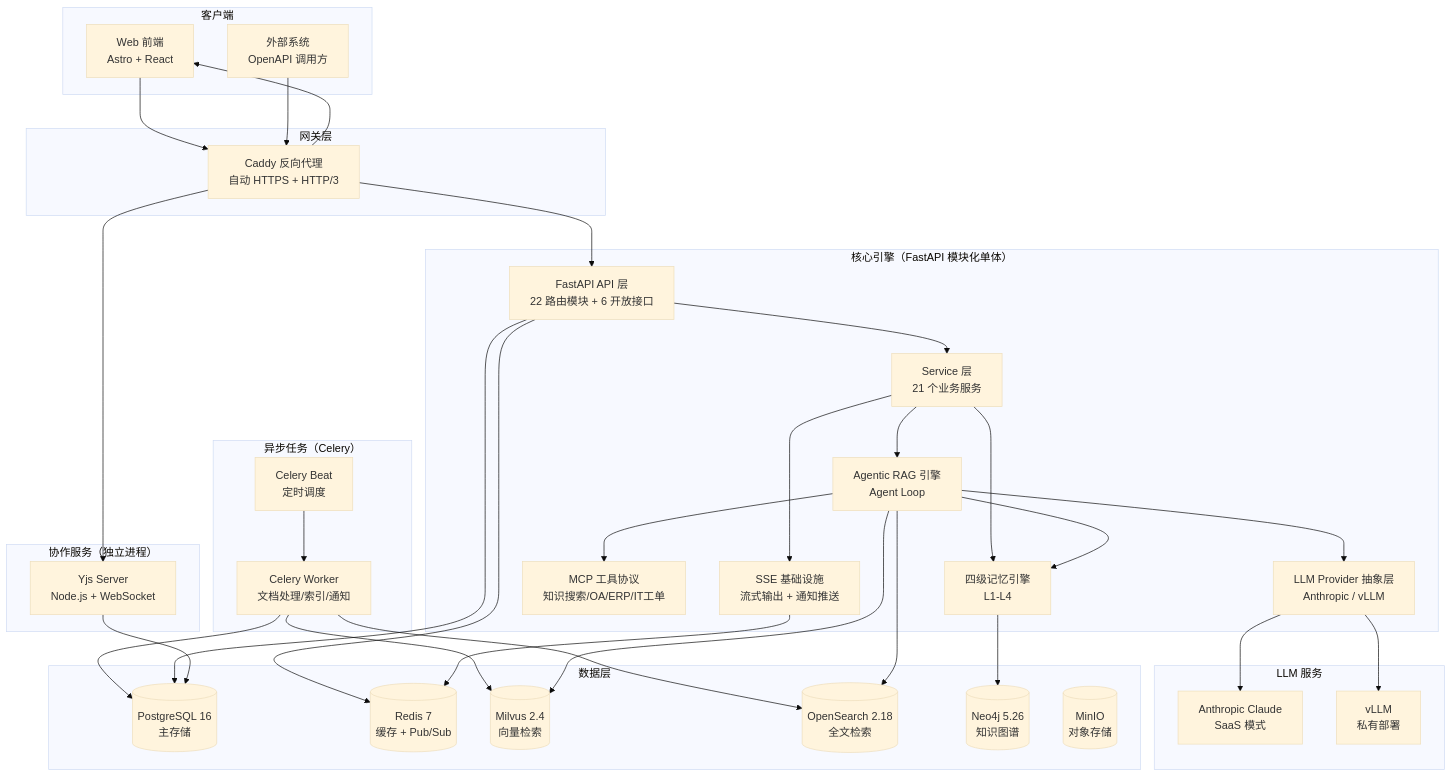
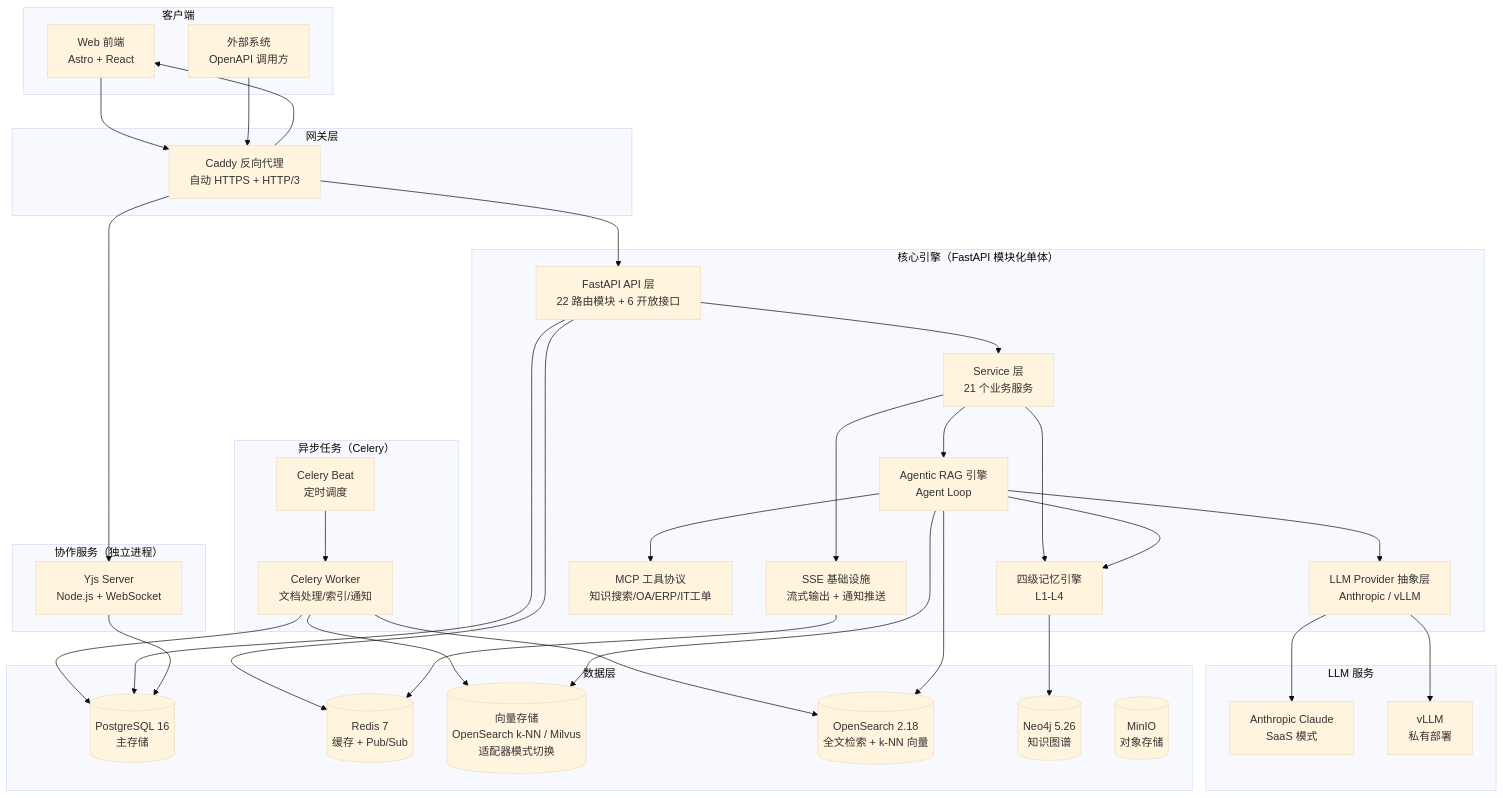
The first of 22 diagrams in README.md (jamesfeng2009/KnowledgeBase), drawn with Mermaid (base theme) before and after one commit. The commit also changed other lines of this file, not shown here.

First line of the commit message:
docs: README 更新向量存储适配器模式 — 默认 OpenSearch k-NN，Milvus 可选

````diff
--- a/README.md
+++ b/README.md
@@ -100,74 +100,74 @@
 ```mermaid
 graph TB
     subgraph "客户端"
         Web[Web 前端<br/>Astro + React]
         API_CLIENT[外部系统<br/>OpenAPI 调用方]
     end
 
     subgraph "网关层"
         CADDY[Caddy 反向代理<br/>自动 HTTPS + HTTP/3]
     end
 
     subgraph "核心引擎（FastAPI 模块化单体）"
         API[FastAPI API 层<br/>22 路由模块 + 6 开放接口]
         SERVICE[Service 层<br/>21 个业务服务]
         RAG[Agentic RAG 引擎<br/>Agent Loop]
         MEMORY[四级记忆引擎<br/>L1-L4]
         LLM_LAYER[LLM Provider 抽象层<br/>Anthropic / vLLM]
         MCP_LAYER[MCP 工具协议<br/>知识搜索/OA/ERP/IT工单]
         SSE_LAYER[SSE 基础设施<br/>流式输出 + 通知推送]
     end
 
     subgraph "异步任务（Celery）"
         WORKER[Celery Worker<br/>文档处理/索引/通知]
         BEAT[Celery Beat<br/>定时调度]
     end
 
     subgraph "协作服务（独立进程）"
         YJS[Yjs Server<br/>Node.js + WebSocket]
     end
 
     subgraph "数据层"
         PG[(PostgreSQL 16<br/>主存储)]
         REDIS[(Redis 7<br/>缓存 + Pub/Sub)]
-        MILVUS[(Milvus 2.4<br/>向量检索)]
-        OS[(OpenSearch 2.18<br/>全文检索)]
+        VEC_STORE[(向量存储<br/>OpenSearch k-NN / Milvus<br/>适配器模式切换)]
+        OS[(OpenSearch 2.18<br/>全文检索 + k-NN 向量)]
         NEO4J[(Neo4j 5.26<br/>知识图谱)]
         MINIO[(MinIO<br/>对象存储)]
     end
 
     subgraph "LLM 服务"
         CLAUDE[Anthropic Claude<br/>SaaS 模式]
         VLLM[vLLM<br/>私有部署]
     end
 
     Web --> CADDY
     API_CLIENT --> CADDY
     CADDY --> API
     CADDY --> YJS
     CADDY --> Web
 
     API --> SERVICE
     SERVICE --> RAG
     SERVICE --> MEMORY
     SERVICE --> SSE_LAYER
     RAG --> LLM_LAYER
     RAG --> MCP_LAYER
     RAG --> MEMORY
 
     WORKER --> PG
-    WORKER --> MILVUS
+    WORKER --> VEC_STORE
     WORKER --> OS
 
     API --> PG
     API --> REDIS
-    RAG --> MILVUS
+    RAG --> VEC_STORE
     RAG --> OS
     MEMORY --> NEO4J
     LLM_LAYER --> CLAUDE
     LLM_LAYER --> VLLM
 
     YJS --> PG
     SSE_LAYER --> REDIS
     BEAT --> WORKER
 ```
````
